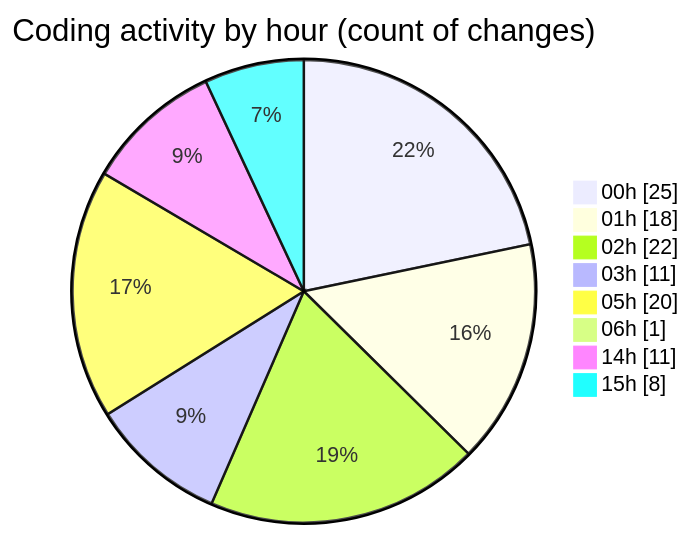
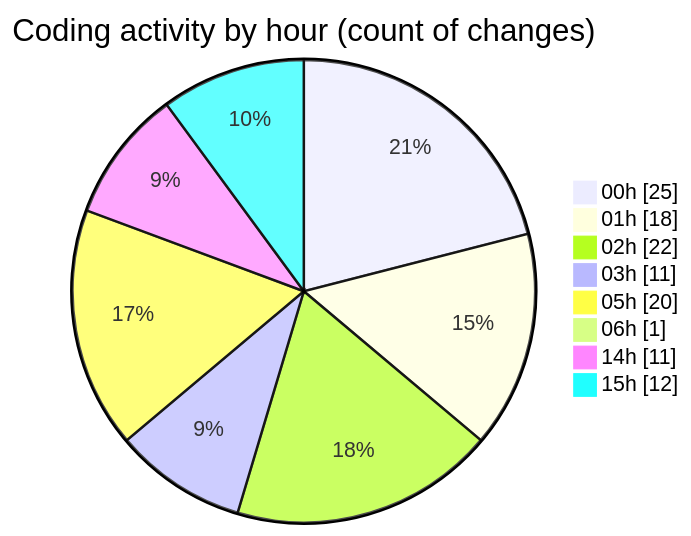
Before and after one commit to EIIisD/code-tracking: the second of 2 diagrams in 2025-07-18/ribbon/README.md, drawn with Mermaid. The commit also changed other lines of this file and 1 other file, not shown here.

````diff
--- a/2025-07-18/ribbon/README.md
+++ b/2025-07-18/ribbon/README.md
@@ -40,12 +40,12 @@
 ```mermaid
 pie showData
 title Coding activity by hour (count of changes)
 "00h" : 25
 "01h" : 18
 "02h" : 22
 "03h" : 11
 "05h" : 20
 "06h" : 1
 "14h" : 11
-"15h" : 8
+"15h" : 12
 ```
````
